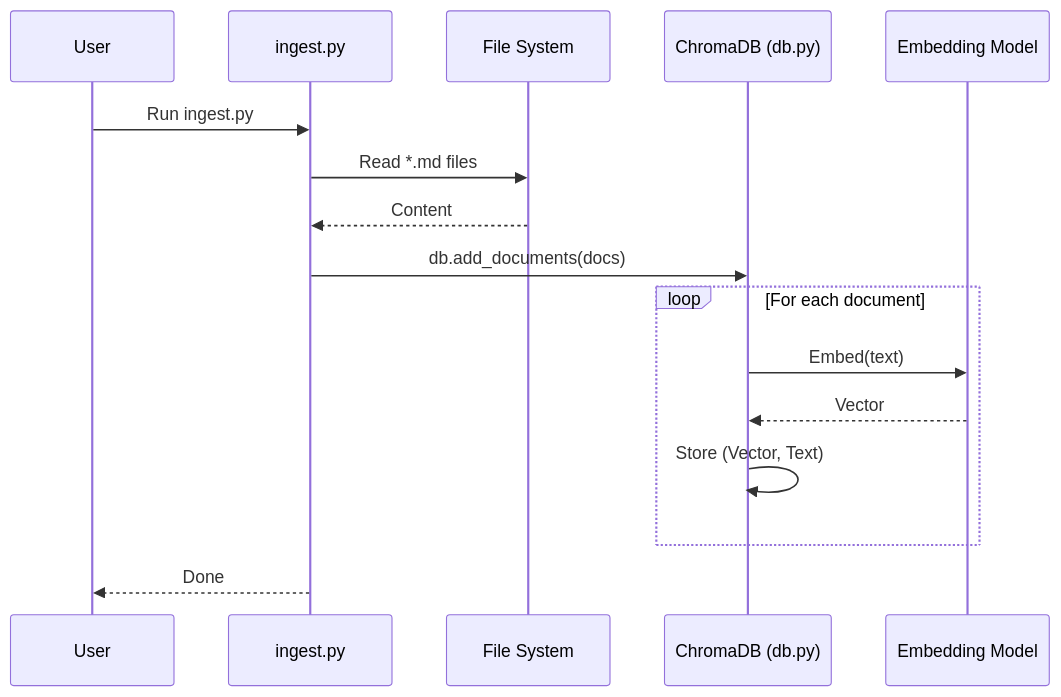
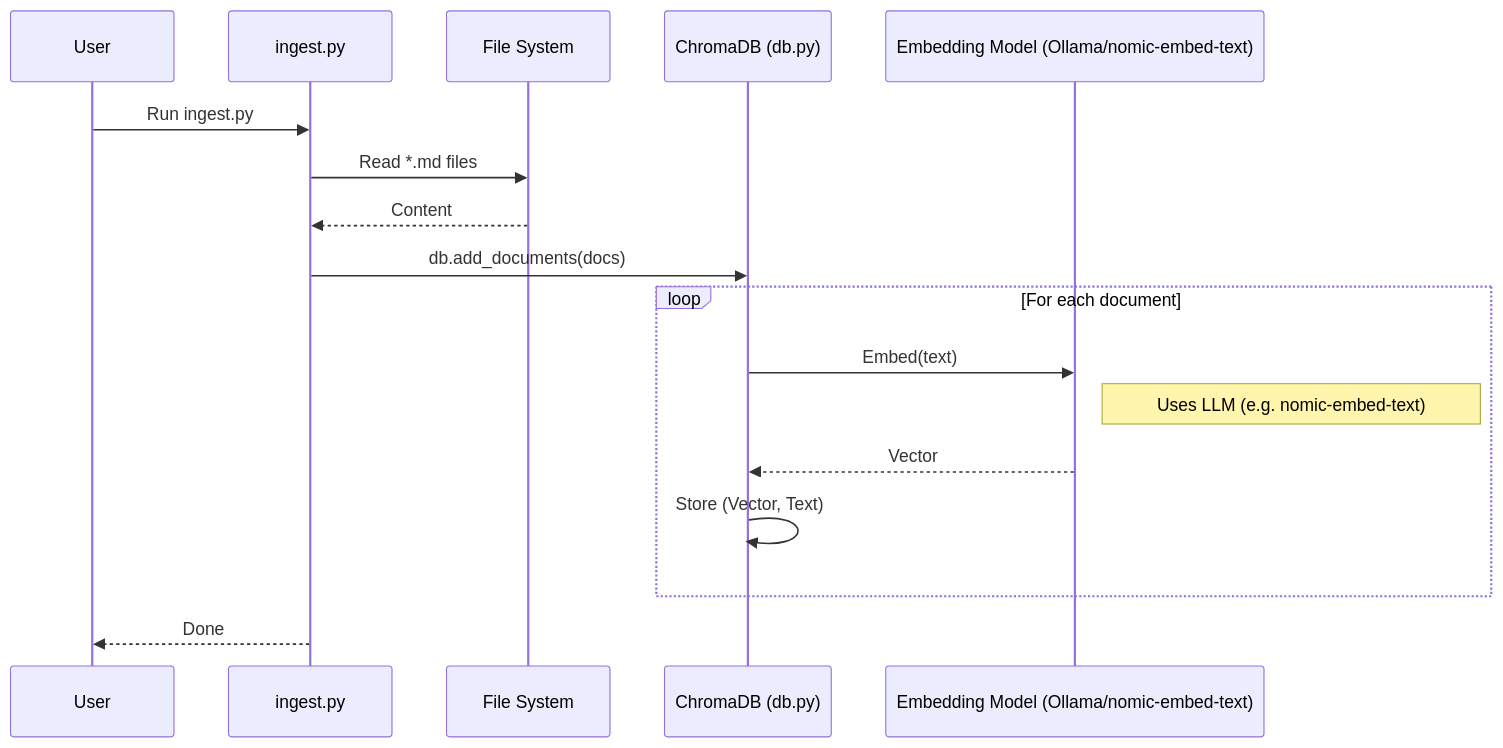
One commit to briangallagher/demo_mlflow_agent_tracing changed the third of 5 diagrams in README.md. Above: the diagram before and after it, drawn with Mermaid. The commit also changed other lines of this file, not shown here.

````diff
--- a/README.md
+++ b/README.md
@@ -177,19 +177,20 @@
     ```mermaid
     sequenceDiagram
         participant User
         participant Script as ingest.py
         participant FS as File System
         participant DB as ChromaDB (db.py)
-        participant Embed as Embedding Model
+        participant Embed as Embedding Model (Ollama/nomic-embed-text)
 
         User->>Script: Run ingest.py
         Script->>FS: Read *.md files
         FS-->>Script: Content
         Script->>DB: db.add_documents(docs)
         loop For each document
             DB->>Embed: Embed(text)
+            Note right of Embed: Uses LLM (e.g. nomic-embed-text)
             Embed-->>DB: Vector
             DB->>DB: Store (Vector, Text)
         end
         Script-->>User: Done
     ```
````
